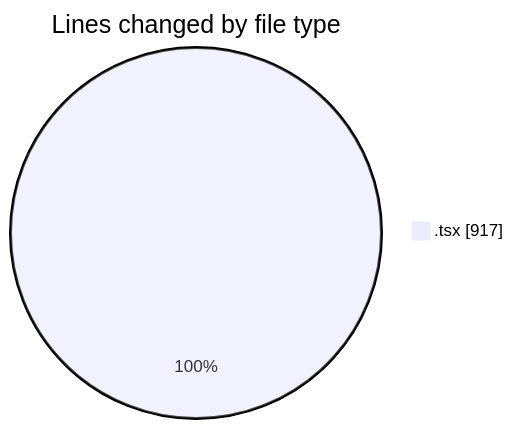
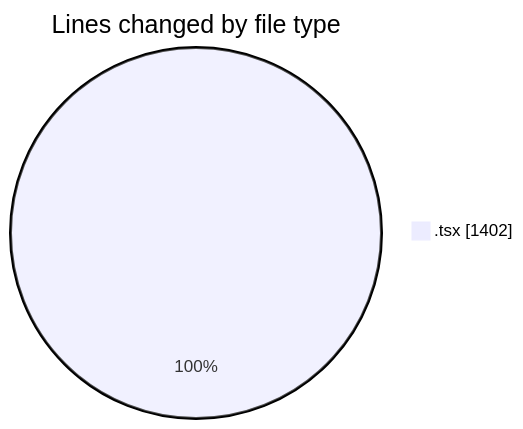
The first of 2 diagrams in 2026-10-19/cda/README.md (momahboobian/code-tracking), drawn with Mermaid before and after one commit. The commit also changed other lines of this file and 1 other file, not shown here.

````diff
--- a/2026-10-19/cda/README.md
+++ b/2026-10-19/cda/README.md
@@ -20,5 +22,5 @@
 ```mermaid
 pie showData
 title Lines changed by file type
-".tsx" : 917
+".tsx" : 1402
 ```
````
